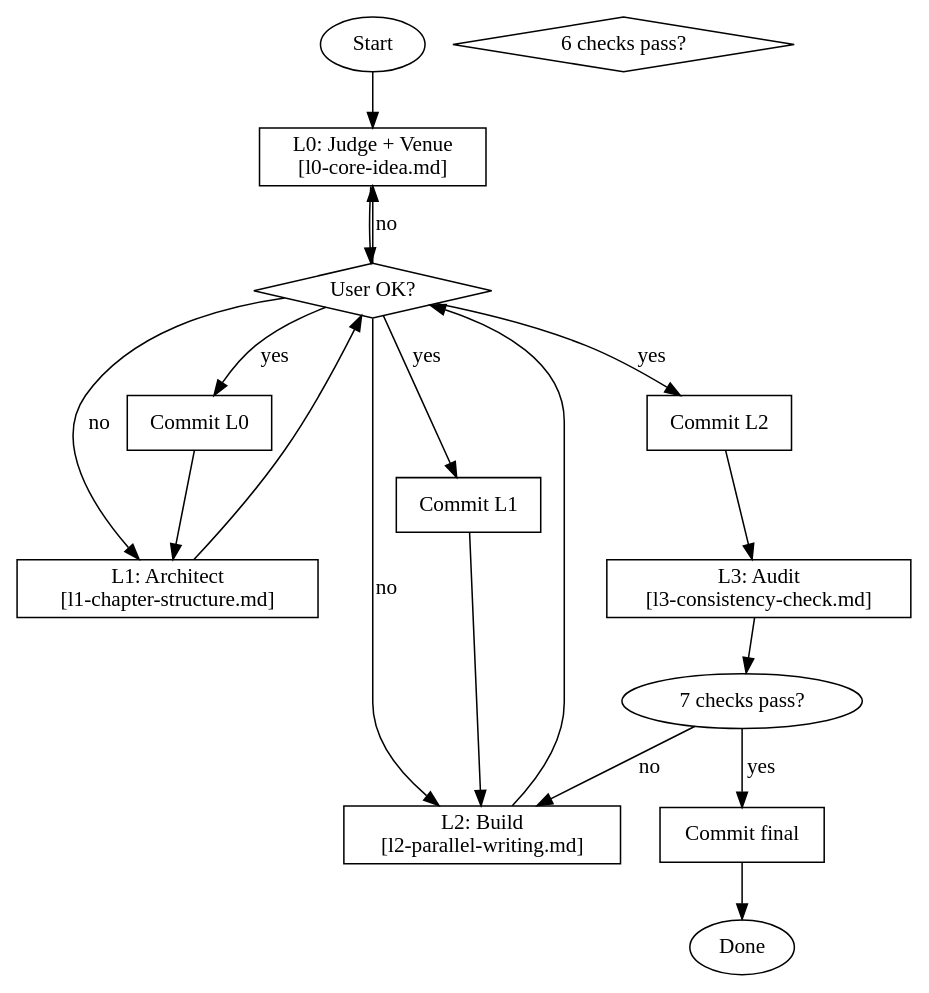
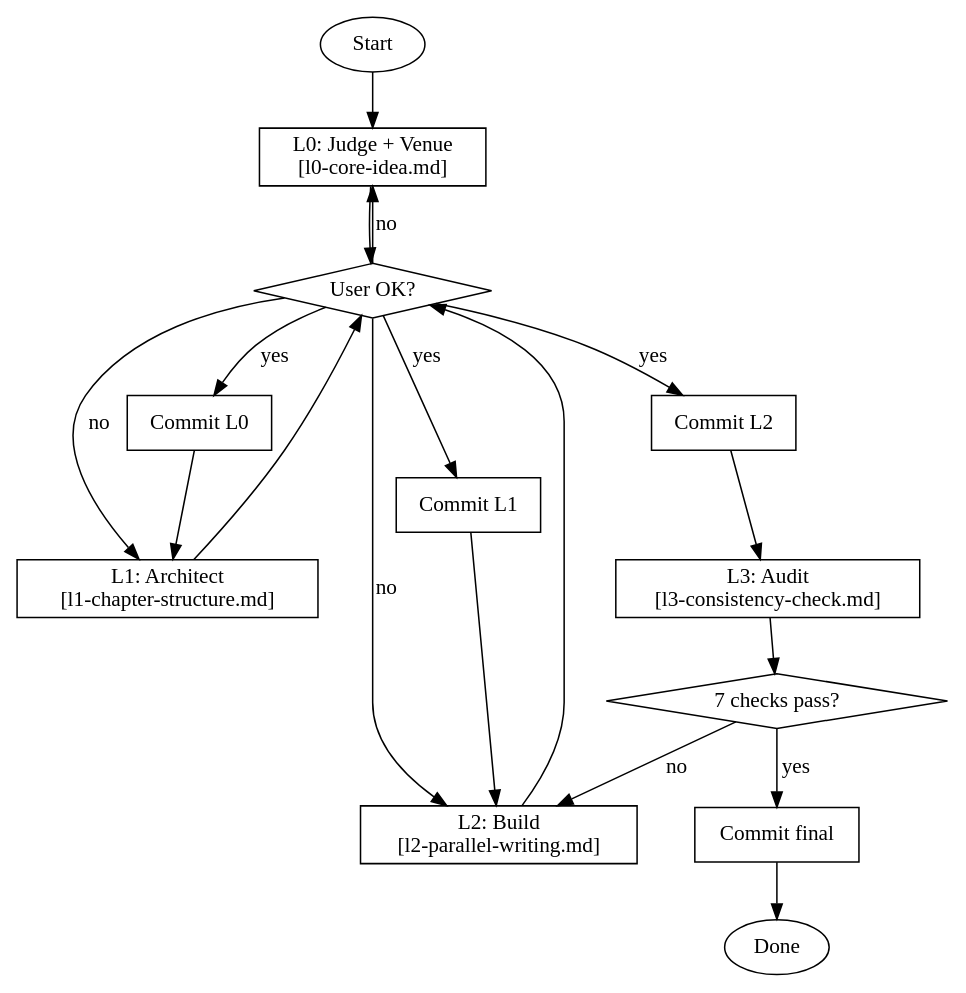
Before and after one commit to Deadpoolmine/systematic-research-skills: the diagram in skills/paper-writing/SKILL.md, drawn with Graphviz. The commit also changed other lines of this file and 10 other files, not shown here.

````diff
--- a/skills/paper-writing/SKILL.md
+++ b/skills/paper-writing/SKILL.md
@@ -72,29 +88,29 @@
 ```dot
 digraph hls {
     rankdir=TB;
     "Start" [shape=oval];
     "L0: Judge + Venue\n[l0-core-idea.md]" [shape=box];
     "User OK?" [shape=diamond];
     "Commit L0" [shape=box];
     "L1: Architect\n[l1-chapter-structure.md]" [shape=box];
     "User OK?" [shape=diamond];
     "Commit L1" [shape=box];
     "L2: Build\n[l2-parallel-writing.md]" [shape=box];
     "User OK?" [shape=diamond];
     "Commit L2" [shape=box];
     "L3: Audit\n[l3-consistency-check.md]" [shape=box];
-    "6 checks pass?" [shape=diamond];
+    "7 checks pass?" [shape=diamond];
     "Commit final" [shape=box];
     "Done" [shape=oval];
 
     "Start" -> "L0: Judge + Venue\n[l0-core-idea.md]";
     "L0: Judge + Venue\n[l0-core-idea.md]" -> "User OK?"; "User OK?" -> "L0: Judge + Venue\n[l0-core-idea.md]" [label="no"];
     "User OK?" -> "Commit L0" [label="yes"]; "Commit L0" -> "L1: Architect\n[l1-chapter-structure.md]";
     "L1: Architect\n[l1-chapter-structure.md]" -> "User OK?"; "User OK?" -> "L1: Architect\n[l1-chapter-structure.md]" [label="no"];
     "User OK?" -> "Commit L1" [label="yes"]; "Commit L1" -> "L2: Build\n[l2-parallel-writing.md]";
     "L2: Build\n[l2-parallel-writing.md]" -> "User OK?"; "User OK?" -> "L2: Build\n[l2-parallel-writing.md]" [label="no"];
     "User OK?" -> "Commit L2" [label="yes"]; "Commit L2" -> "L3: Audit\n[l3-consistency-check.md]";
     "L3: Audit\n[l3-consistency-check.md]" -> "7 checks pass?"; "7 checks pass?" -> "L2: Build\n[l2-parallel-writing.md]" [label="no"];
     "7 checks pass?" -> "Commit final" [label="yes"]; "Commit final" -> "Done";
 }
 ```
````
